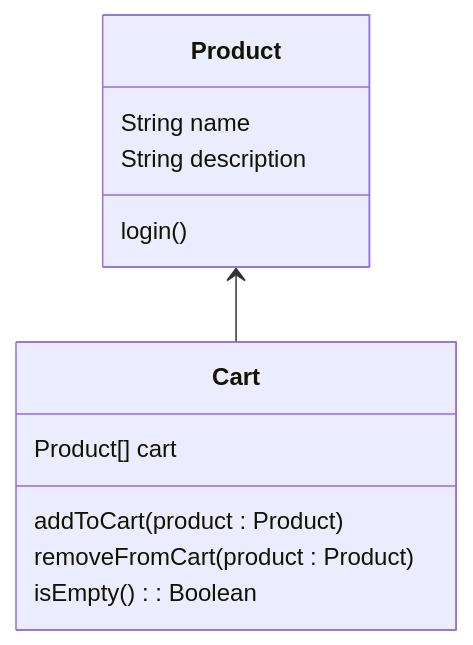
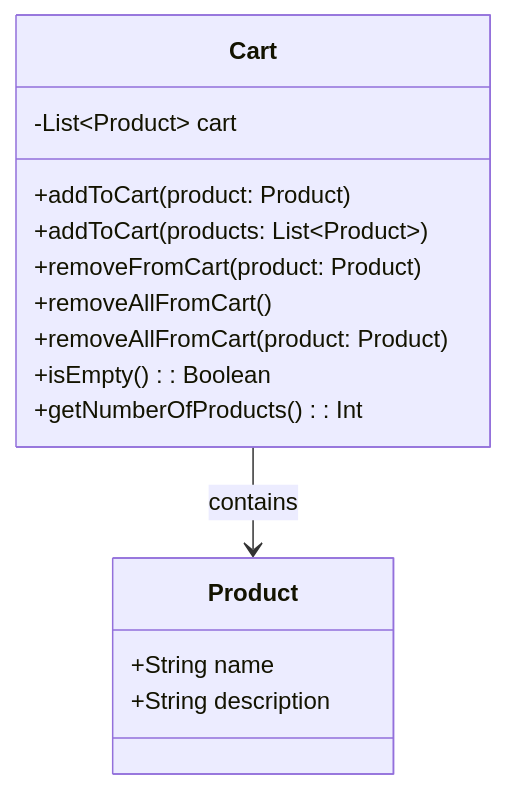
One commit to FranManfredi/Aseguramiento-de-la-Calidad-del-Software changed the diagram in src/main/kotlin/shoppingCart/.mmd. Above: the diagram before and after it, drawn with Mermaid.

Commit message:
refactor Cart: update cart representation and enhance methods for product management

```diff
--- a/src/main/kotlin/shoppingCart/.mmd
+++ b/src/main/kotlin/shoppingCart/.mmd
@@ -1,15 +1,18 @@
 classDiagram
     class Product {
-        String name
-        String description
-        login()
+        +String name
+        +String description
     }
 
     class Cart {
-        Product[] cart
-        addToCart(product : Product)
-        removeFromCart(product : Product)
-        isEmpty() : Boolean
+        -List~Product~ cart
+        +addToCart(product: Product)
+        +addToCart(products: List~Product~)
+        +removeFromCart(product: Product)
+        +removeAllFromCart()
+        +removeAllFromCart(product: Product)
+        +isEmpty() : Boolean
+        +getNumberOfProducts() : Int
     }
 
-    Product <-- Cart
+    Cart --> Product : contains
```
